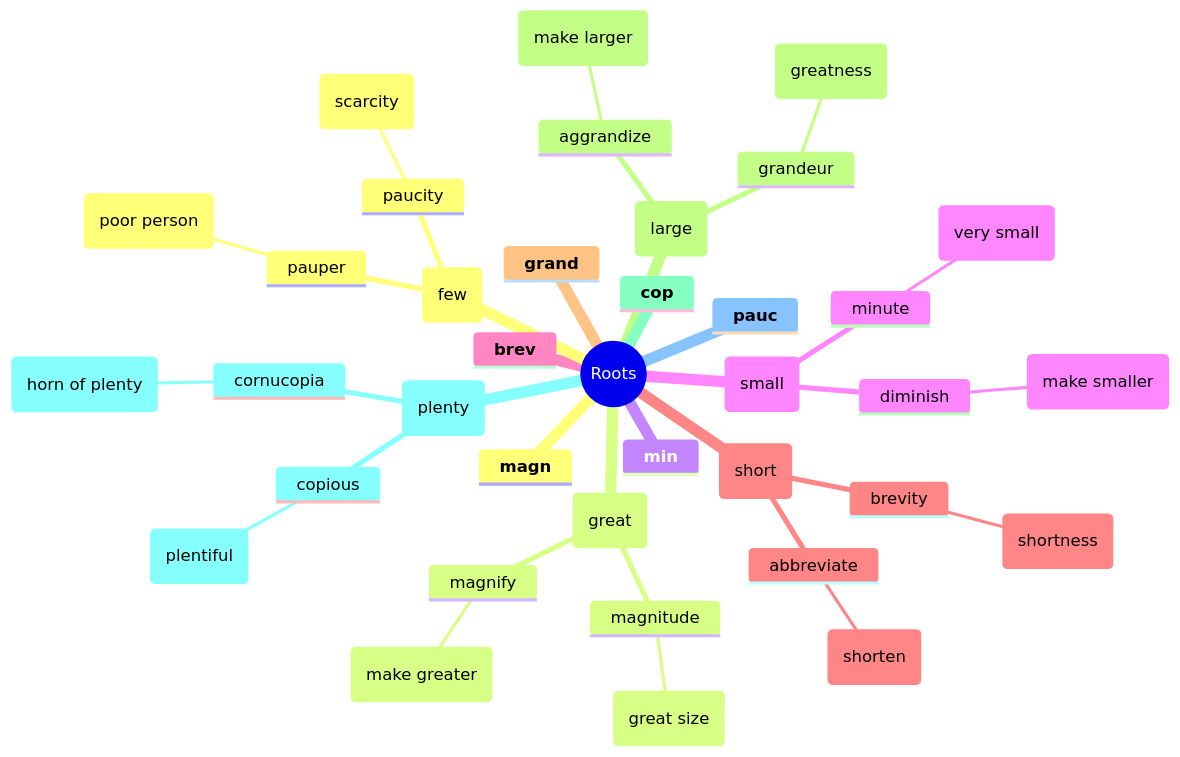
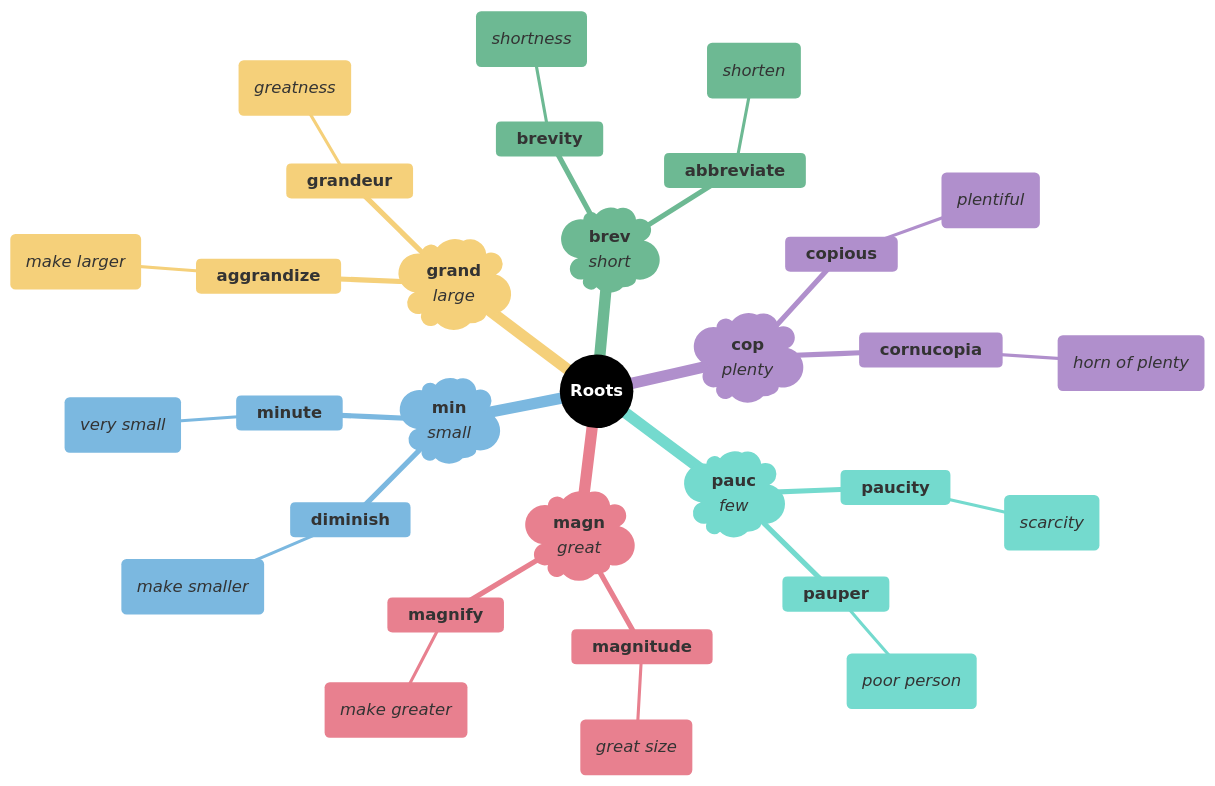
One commit to 95anantsingh/gre-preparation changed the seventh of 7 diagrams in mindmaps/18-quantity-size-and-degree.md. Above: the diagram before and after it, drawn with Mermaid. The commit also changed other lines of this file and 14 other files, not shown here.

````diff
--- a/mindmaps/18-quantity-size-and-degree.md
+++ b/mindmaps/18-quantity-size-and-degree.md
@@ -350,40 +465,53 @@
 ```mermaid
+%%{
+  init: {
+    "theme": "base",
+    "themeVariables": {
+      "primaryColor": "#000000",
+      "cScale1": "#e8808f",  "cScaleInv1": "#a33445",
+      "cScale2": "#7bb8e0",  "cScaleInv2": "#266a93",
+      "cScale3": "#6db993",  "cScaleInv3": "#23543f",
+      "cScale4": "#f5d07a",  "cScaleInv4": "#c4903b",
+      "cScale5": "#b08fcc",  "cScaleInv5": "#5d3b75",
+      "cScale6": "#74dace",  "cScaleInv6": "#217d72",
+      "cScale7": "#f09570",  "cScaleInv7": "#b84112",
+      "cScale8": "#8ea8c2",  "cScaleInv8": "#32465e",
+      "cScale9": "#cc7fba",  "cScaleInv9": "#7d2868",
+      "cScale10": "#c99a78", "cScaleInv10": "#7c4e32",
+      "cScale11": "#a3a3a3", "cScaleInv11": "#3d3d3d"
+    }
+  }
+}%%
 mindmap
-  root((Roots))
-    **magn**
-    (great)
-      magnitude
-        (great size)
-      magnify
-        (make greater)
-    **min**
-    (small)
-      diminish
-        (make smaller)
-      minute
-        (very small)
-    **brev**
-    (short)
-      abbreviate
-        (shorten)
-      brevity
-        (shortness)
-    **grand**
-    (large)
-      aggrandize
-        (make larger)
-      grandeur
-        (greatness)
-    **cop**
-    (plenty)
-      copious
-        (plentiful)
-      cornucopia
-        (horn of plenty)
-    **pauc**
-    (few)
-      paucity
-        (scarcity)
-      pauper
-        (poor person)
+  root((<font color=white>**Roots**</font>))
+    )**magn**</br>_great_(
+      **magnitude**
+        (_great size_)
+      **magnify**
+        (_make greater_)
+    )**min**</br>_small_(
+      **diminish**
+        (_make smaller_)
+      **minute**
+        (_very small_)
+    )**brev**</br>_short_(
+      **abbreviate**
+        (_shorten_)
+      **brevity**
+        (_shortness_)
+    )**grand**</br>_large_(
+      **aggrandize**
+        (_make larger_)
+      **grandeur**
+        (_greatness_)
+    )**cop**</br>_plenty_(
+      **copious**
+        (_plentiful_)
+      **cornucopia**
+        (_horn of plenty_)
+    )**pauc**</br>_few_(
+      **paucity**
+        (_scarcity_)
+      **pauper**
+        (_poor person_)
 ```
````
